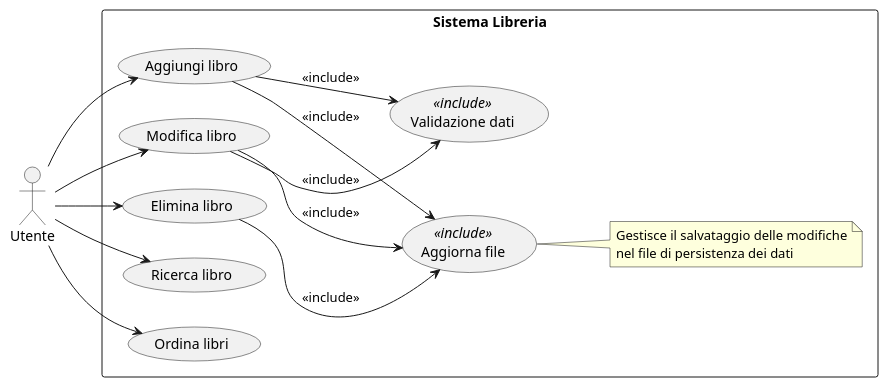
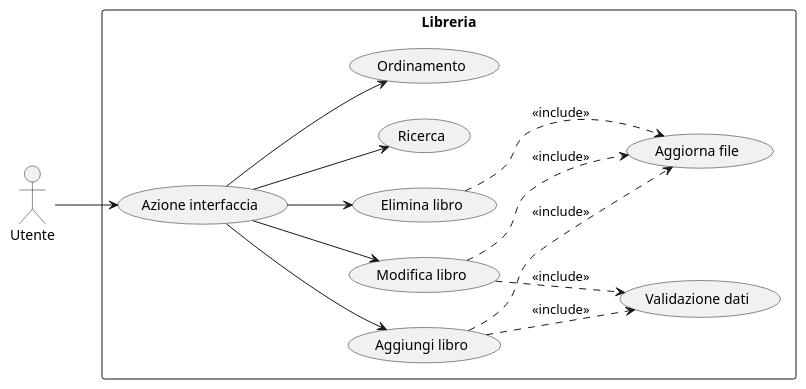
One commit to CaputoCristian/LibreriaPersonale changed the diagram in src/UML/UseCase/UseCaseDiagram.puml. Above: the diagram before and after it, drawn with PlantUML. The commit also changed 24 other files, not shown here.

```diff
--- a/src/UML/UseCase/UseCaseDiagram.puml
+++ b/src/UML/UseCase/UseCaseDiagram.puml
@@ -1,41 +1,34 @@
 @startuml
 left to right direction
 
 actor Utente
 
-rectangle "Sistema Libreria" {
+rectangle "Libreria" {
+    usecase "Azione interfaccia" as UC_GUI
     usecase "Aggiungi libro" as UC_Add
     usecase "Modifica libro" as UC_Edit
     usecase "Elimina libro" as UC_Delete
-    usecase "Ricerca libro" as UC_Search
-    usecase "Ordina libri" as UC_Sort
-    usecase "Validazione dati" as UC_validate <<include>>
-    usecase "Aggiorna file" as UC_File <<include>>
-
-    
-
-    note right of UC_File
-            Gestisce il salvataggio delle modifiche
-            nel file di persistenza dei dati
-        endnote
-
-
+    usecase "Ricerca" as UC_Search
+    usecase "Ordinamento" as UC_Sort
+    usecase "Validazione dati" as UC_validate
+    usecase "Aggiorna file" as UC_File
 }
 
 ' Relazioni utente-caso d'uso
-Utente --> UC_Add
-Utente --> UC_Edit
-Utente --> UC_Delete
-Utente --> UC_Search
-Utente --> UC_Sort
+Utente --> UC_GUI
+UC_GUI --> UC_Add
+UC_GUI --> UC_Edit
+UC_GUI --> UC_Delete
+UC_GUI --> UC_Search
+UC_GUI --> UC_Sort
 
 ' Relazioni include per la validazione
-UC_Add --> UC_validate : <<include>>
-UC_Edit --> UC_validate : <<include>>
+UC_Add ..> UC_validate : <<include>>
+UC_Edit ..> UC_validate : <<include>>
 
 ' Relazioni include per l'aggiornamento del file
-UC_Add --> UC_File : <<include>>
-UC_Edit --> UC_File : <<include>>
-UC_Delete --> UC_File : <<include>>
+UC_Add ..> UC_File : <<include>>
+UC_Edit ..> UC_File : <<include>>
+UC_Delete ..> UC_File : <<include>>
 
 @enduml
```
